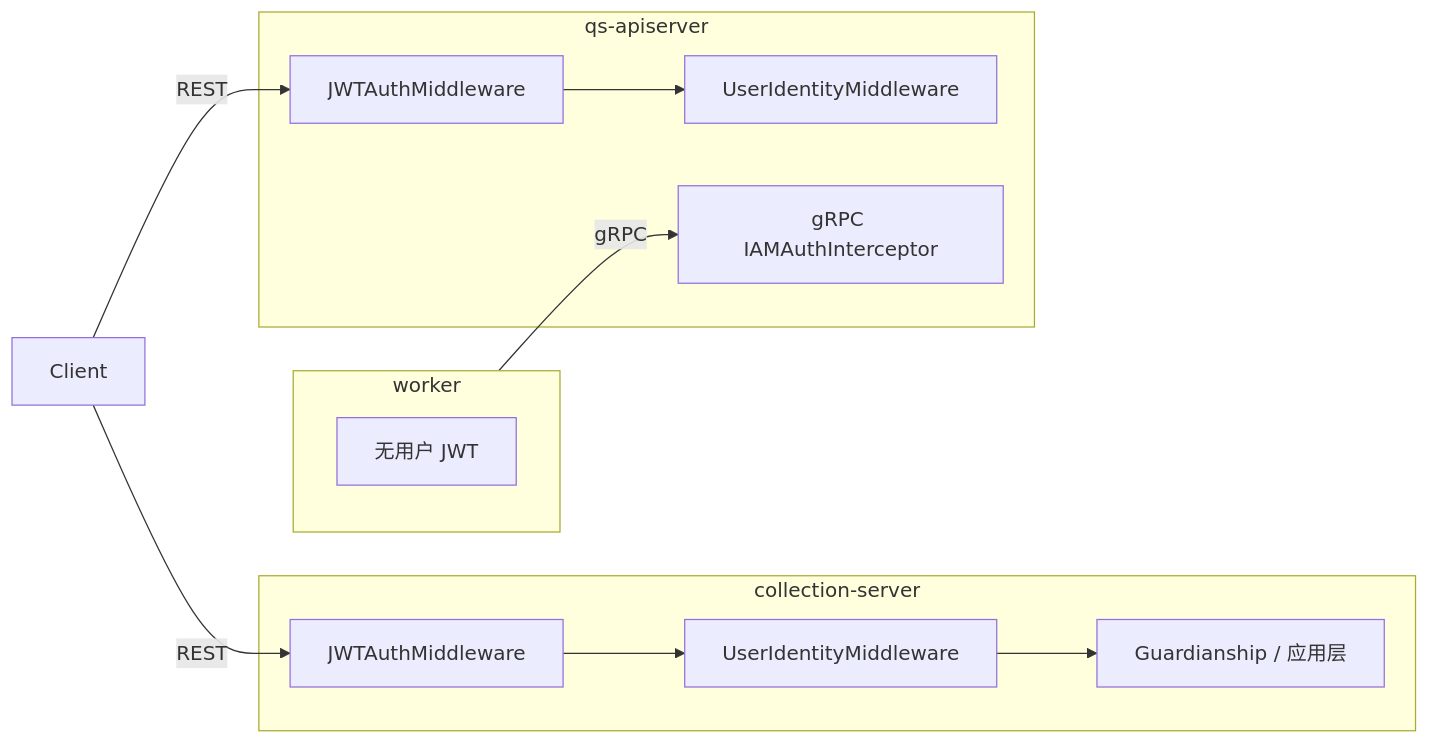
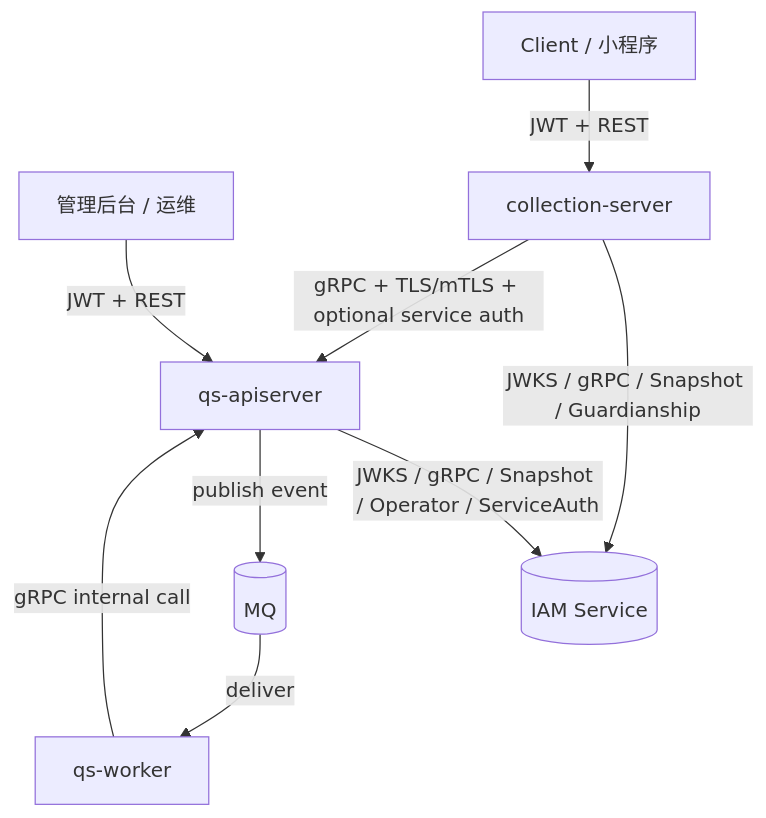
The first of 4 diagrams in docs/01-运行时/05-IAM认证与身份链路.md (FangcunMount/qs-server), drawn with Mermaid before and after one commit. The commit also changed other lines of this file and 18 other files, not shown here.

````diff
--- a/docs/01-运行时/05-IAM认证与身份链路.md
+++ b/docs/01-运行时/05-IAM认证与身份链路.md
@@ -43,24 +26,22 @@
 ```mermaid
-flowchart LR
-    client[Client]
+flowchart TB
+    client[Client / 小程序]
+    admin[管理后台 / 运维]
+    iam[(IAM Service)]
 
-    subgraph col[collection-server]
-        JWT1[JWTAuthMiddleware]
-        U1[UserIdentityMiddleware]
-        G[Guardianship / 应用层]
-    end
+    col[collection-server]
+    api[qs-apiserver]
+    worker[qs-worker]
+    mq[(MQ)]
 
-    subgraph api[qs-apiserver]
-        JWT2[JWTAuthMiddleware]
-        U2[UserIdentityMiddleware]
-        GIAM[gRPC IAMAuthInterceptor]
-    end
+    client -->|JWT + REST| col
+    admin -->|JWT + REST| api
 
-    subgraph w[worker]
-        n[无用户 JWT]
-    end
+    col -->|JWKS / gRPC / Snapshot / Guardianship| iam
+    api -->|JWKS / gRPC / Snapshot / Operator / ServiceAuth| iam
 
-    client -->|REST| JWT1 --> U1 --> G
-    client -->|REST| JWT2 --> U2
-    w -->|gRPC| GIAM
+    col -->|gRPC + TLS/mTLS + optional service auth| api
+    api -->|publish event| mq
+    mq -->|deliver| worker
+    worker -->|gRPC internal call| api
 ```
````
